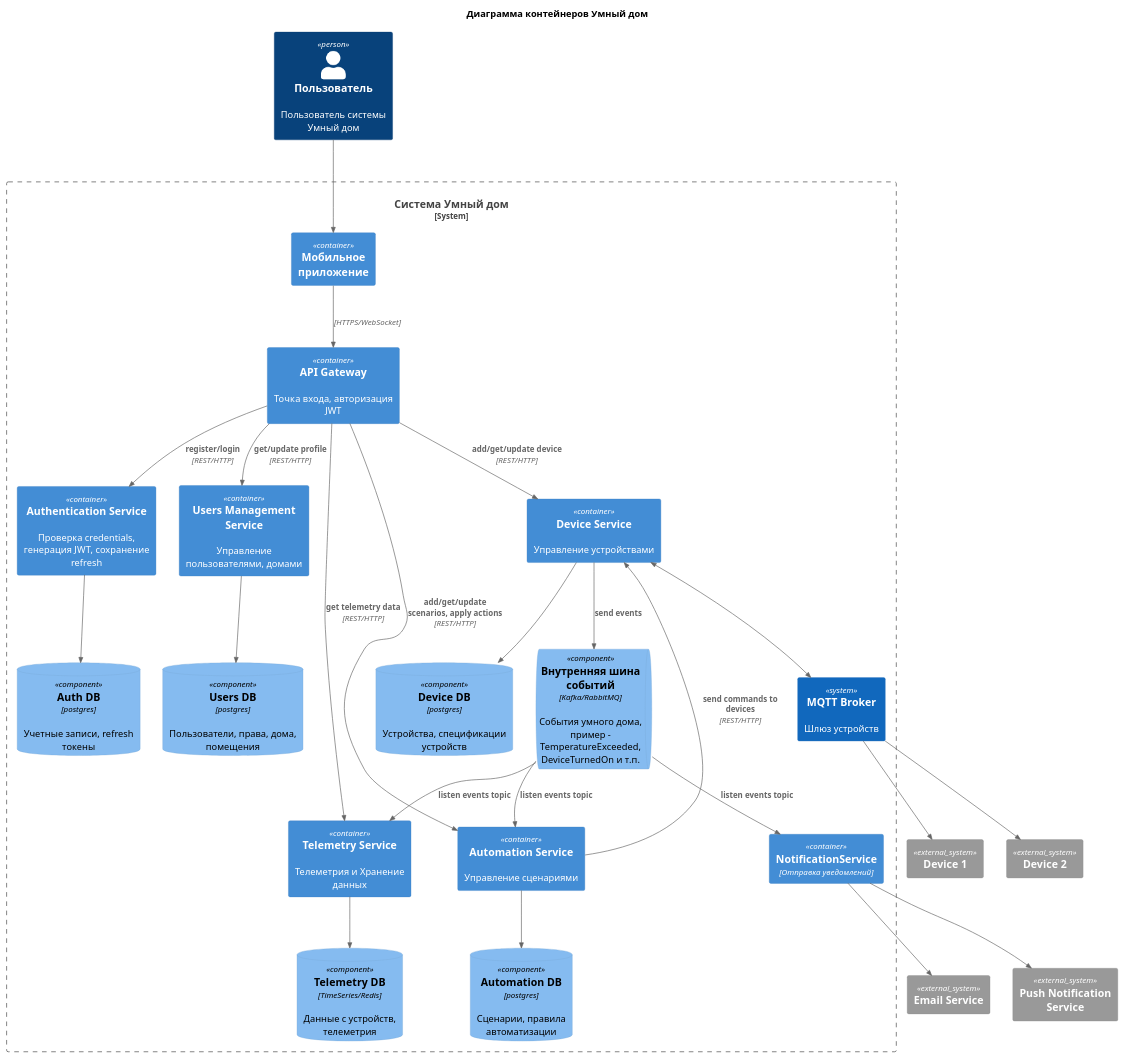
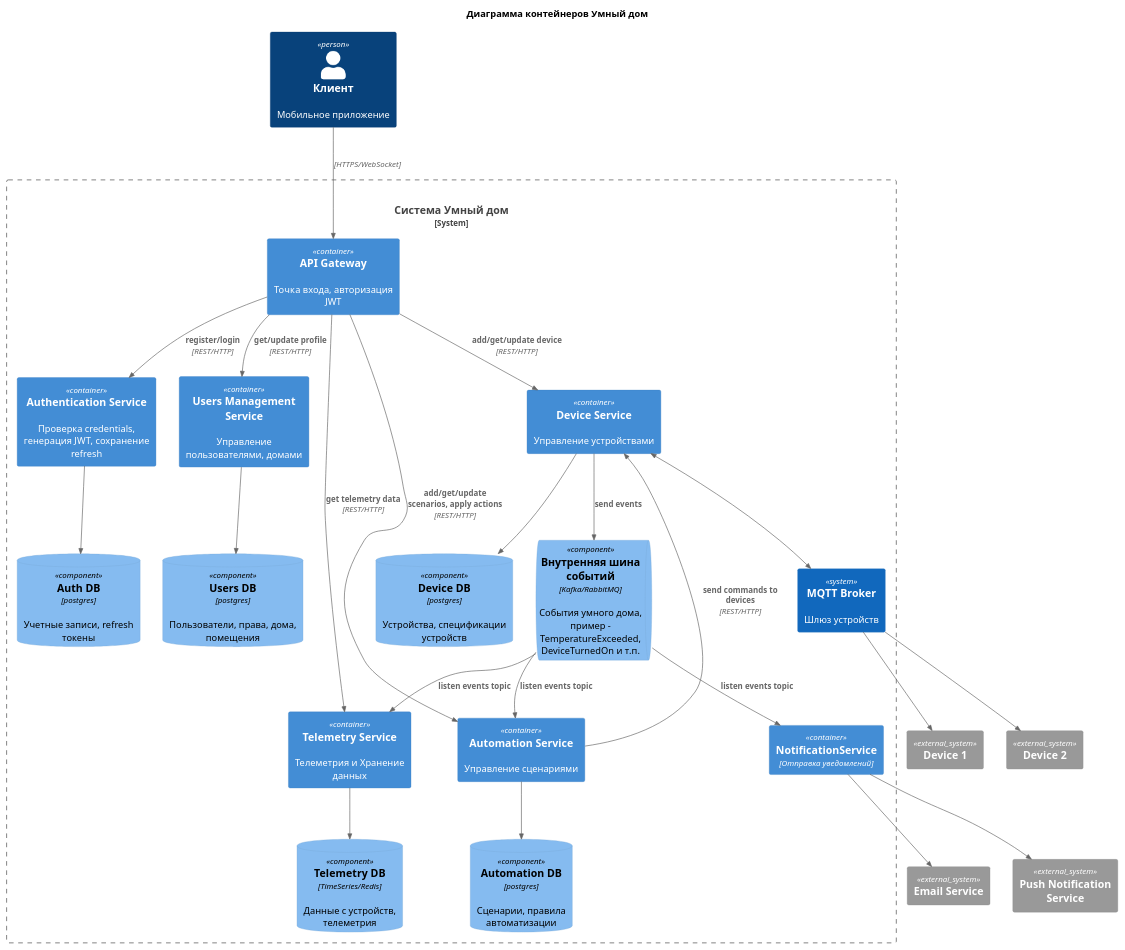
Before and after one commit to afakhrieva/architecture-pro-warmhouse: the diagram in schemas/с4/smarthome_Conteiners.puml, drawn with PlantUML. The commit also changed 5 other files, not shown here.

Commit message:
Задание 2. Диаграмма компонентов API Gateway

```diff
--- a/schemas/с4/smarthome_Conteiners.puml
+++ b/schemas/с4/smarthome_Conteiners.puml
@@ -1,75 +1,75 @@
 @startuml
 
 title Диаграмма контейнеров Умный дом
 
 top to bottom direction
 
-!includeurl https://raw.githubusercontent.com/RicardoNiepel/C4-PlantUML/master/C4_Component.puml
+!include <C4/C4_Component>
+!include <C4/C4_Context>
+!include <C4/C4_Container>
 
-Person(user, "Пользователь", "Пользователь системы Умный дом")
+Person(user, "Клиент", "Мобильное приложение")
+
+System_Ext(EmailService, "Email Service")
+System_Ext(PushService, "Push Notification Service")
+
+System_Ext(Device1, "Device 1", "", "")
+System_Ext(Device2, "Device 2", "", "")
 
 System_Boundary(SmartHome, "Система Умный дом") {
-    Container(MobileApp, "Мобильное приложение")
     Container(ApiGateway, "API Gateway", "", "Точка входа, авторизация JWT", )
 
     Container(AuthService, "Authentication Service", "", "Проверка credentials, генерация JWT, сохранение refresh")
     ComponentDb(AuthDB, "Auth DB", "postgres", "Учетные записи, refresh токены")
 
     Container(UserService, "Users Management Service", "", "Управление пользователями, домами")
     ComponentDb(UsersDB, "Users DB", "postgres", "Пользователи, права, дома, помещения")
 
     Container(DeviceService, "Device Service", "", "Управление устройствами")
     ComponentDb(DeviceDB, "Device DB", "postgres", "Устройства, спецификации устройств")
 
     Container(TelemetryService, "Telemetry Service", "", "Телеметрия и Хранение данных")
     ComponentDb(TelemetryDB, "Telemetry DB", TimeSeries/Redis, "Данные с устройств, телеметрия")
 
     Container(AutomationService, "Automation Service", "", "Управление сценариями")
     ComponentDb(AutomationDB, "Automation DB", "postgres", "Сценарии, правила автоматизации")
 
     Container(NotificationService, "NotificationService", "Отправка уведомлений")
 
     ComponentQueue(EventBus, "Внутренняя шина событий", "Kafka/RabbitMQ", "События умного дома, пример - TemperatureExceeded, DeviceTurnedOn и т.п.")
 
     System(MQTT, "MQTT Broker", "Шлюз устройств")
+
+    Rel(user, ApiGateway, " ", "HTTPS/WebSocket")
+
+    Rel(ApiGateway, AuthService, "register/login", "REST/HTTP")
+    Rel(AuthService, AuthDB, " ")
+
+    Rel(ApiGateway, UserService, "get/update profile", "REST/HTTP")
+    Rel(UserService, UsersDB, " ")
+
+    Rel(ApiGateway, DeviceService, "add/get/update device", "REST/HTTP")
+    Rel(DeviceService, DeviceDB, " ")
+
+    Rel(ApiGateway, TelemetryService, "get telemetry data", "REST/HTTP")
+    Rel(TelemetryService, TelemetryDB, " ")
+
+    Rel(ApiGateway, AutomationService, "add/get/update scenarios, apply actions", "REST/HTTP")
+    Rel(AutomationService, AutomationDB, " ")
+    Rel(AutomationService, DeviceService, "send commands to devices", "REST/HTTP")
+
+    Rel(DeviceService, EventBus, "send events")
+    Rel(EventBus, TelemetryService, "listen events topic")
+    Rel(EventBus, AutomationService, "listen events topic")
+    Rel(EventBus, NotificationService, "listen events topic")
+
+    Rel(NotificationService, EmailService, " ")
+    Rel(NotificationService, PushService, " ")
+
+    BiRel(DeviceService, MQTT, " ")
 }
 
-System_Ext(EmailService, "Email Service")
-System_Ext(PushService, "Push Notification Service")
-
-System_Ext(Device1, "Device 1", "", "")
-System_Ext(Device2, "Device 2", "", "")
-
-
-Rel(user, MobileApp, " ")
-Rel(MobileApp, ApiGateway, " ", "HTTPS/WebSocket")
-
-Rel(ApiGateway, AuthService, "register/login", "REST/HTTP")
-Rel(AuthService, AuthDB, " ")
-
-Rel(ApiGateway, UserService, "get/update profile", "REST/HTTP")
-Rel(UserService, UsersDB, " ")
-
-Rel(ApiGateway, DeviceService, "add/get/update device", "REST/HTTP")
-Rel(DeviceService, DeviceDB, " ")
-
-Rel(ApiGateway, TelemetryService, "get telemetry data", "REST/HTTP")
-Rel(TelemetryService, TelemetryDB, " ")
-
-Rel(ApiGateway, AutomationService, "add/get/update scenarios, apply actions", "REST/HTTP")
-Rel(AutomationService, AutomationDB, " ")
-Rel(AutomationService, DeviceService, "send commands to devices", "REST/HTTP")
-
-Rel(DeviceService, EventBus, "send events")
-Rel(EventBus, TelemetryService, "listen events topic")
-Rel(EventBus, AutomationService, "listen events topic")
-Rel(EventBus, NotificationService, "listen events topic")
-
-Rel(NotificationService, EmailService, " ")
-Rel(NotificationService, PushService, " ")
-
-BiRel(DeviceService, MQTT, " ")
 Rel(MQTT, Device1, " ")
 Rel(MQTT, Device2, " ")
 
 @enduml
```
